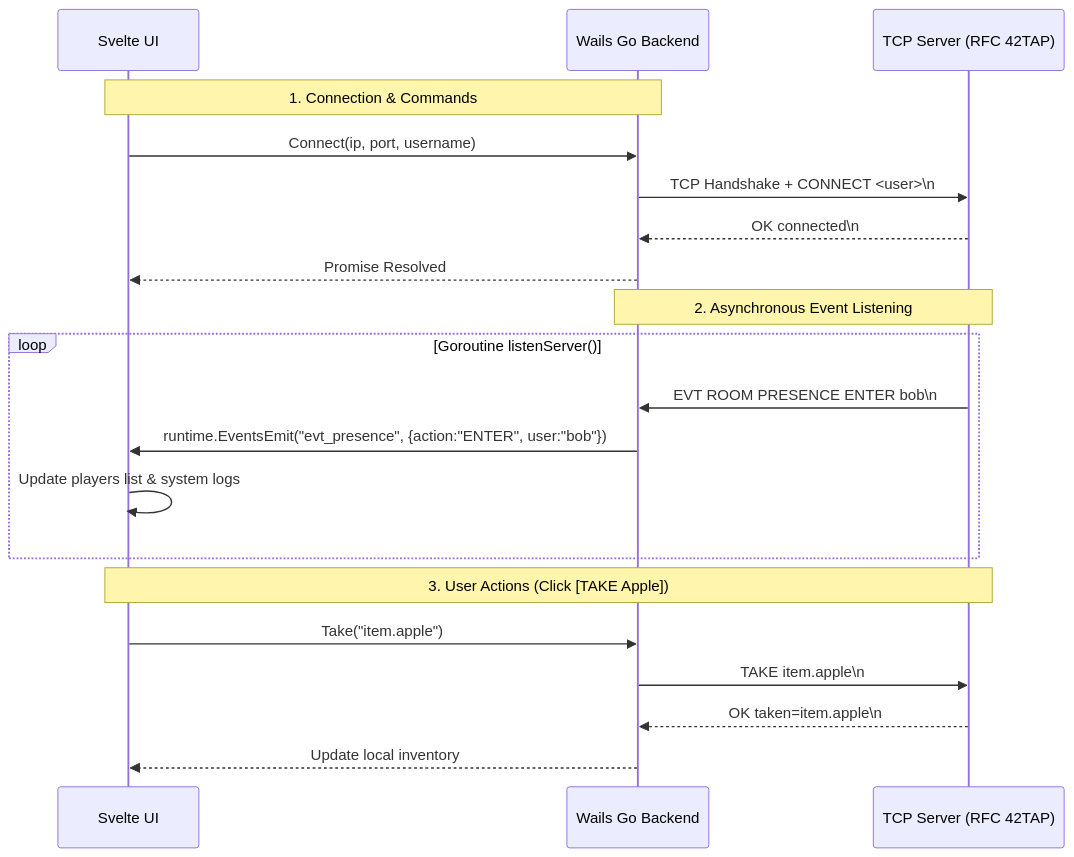
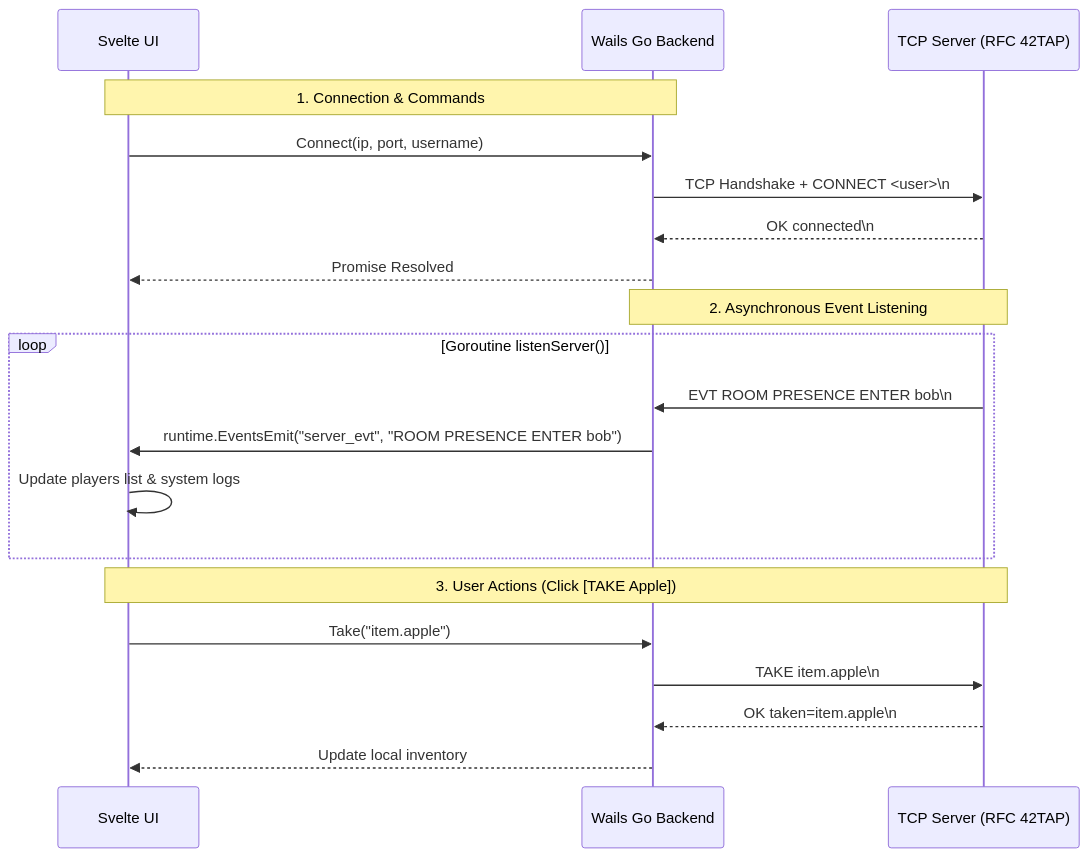
One commit to npons971/42_TAP changed the diagram in docs/Dev_B/clients/gui_client.md. Above: the diagram before and after it, drawn with Mermaid. The commit also changed other lines of this file and 29 other files, not shown here.

````diff
--- a/docs/Dev_B/clients/gui_client.md
+++ b/docs/Dev_B/clients/gui_client.md
@@ -73,25 +73,25 @@
 ```mermaid
 sequenceDiagram
     participant UI as Svelte UI
     participant Backend as Wails Go Backend
     participant Server as TCP Server (RFC 42TAP)
 
     Note over UI,Backend: 1. Connection & Commands
     UI->>Backend: Connect(ip, port, username)
     Backend->>Server: TCP Handshake + CONNECT <user>\n
     Server-->>Backend: OK connected\n
     Backend-->>UI: Promise Resolved
 
     Note over Backend,Server: 2. Asynchronous Event Listening
     loop Goroutine listenServer()
         Server->>Backend: EVT ROOM PRESENCE ENTER bob\n
-        Backend->>UI: runtime.EventsEmit("evt_presence", {action:"ENTER", user:"bob"})
+        Backend->>UI: runtime.EventsEmit("server_evt", "ROOM PRESENCE ENTER bob")
         UI->>UI: Update players list & system logs
     end
 
     Note over UI,Server: 3. User Actions (Click [TAKE Apple])
     UI->>Backend: Take("item.apple")
     Backend->>Server: TAKE item.apple\n
     Server-->>Backend: OK taken=item.apple\n
     Backend-->>UI: Update local inventory
 ```
````
